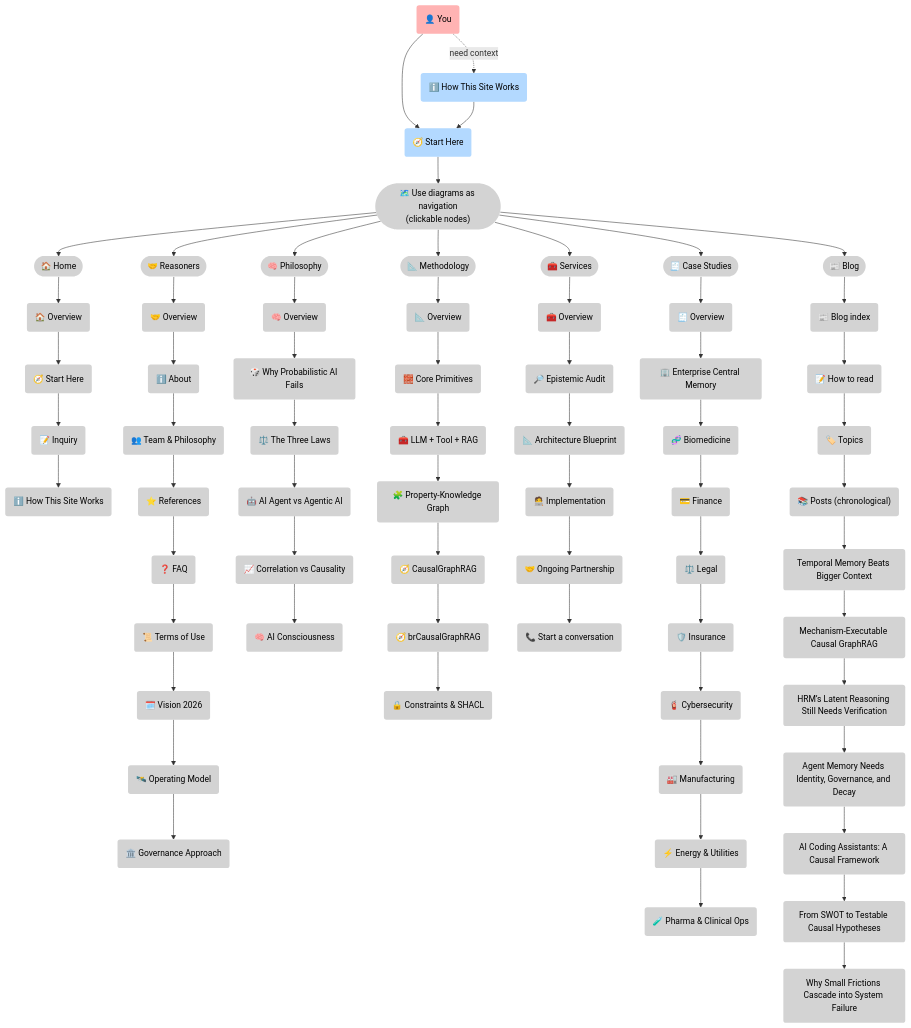
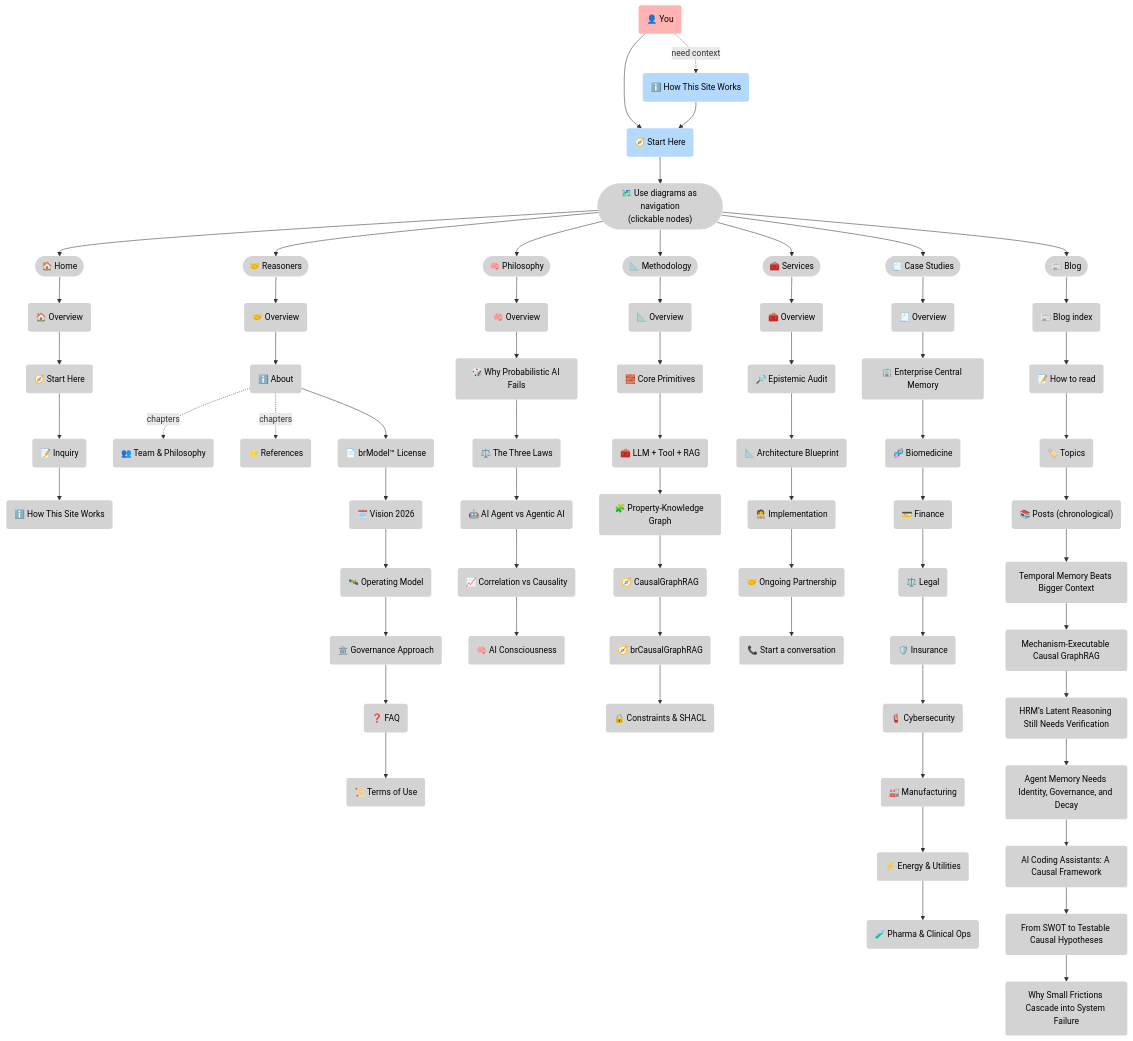
Before and after one commit to 5Reasons/5reasons.github.io: the diagram in docs/home/how-this-site-works.md, drawn with Mermaid. The commit also changed 9 other files, not shown here.

Commit message:
Consolidate team and references content: Merge 'Team & Philosophy' and 'References' into 'About' page, update navigation links, and enhance licensing information for brModel™.

```diff
--- a/docs/home/how-this-site-works.md
+++ b/docs/home/how-this-site-works.md
@@ -117,14 +117,17 @@
 R_Sec(["🤝 Reasoners"]):::i
 R_Overview("🤝 Overview"):::i
 R_About("ℹ️ About"):::i
-R_Team("👥 Team & Philosophy"):::i
-R_Refs("⭐ References"):::i
+R_AboutTeam("👥 Team & Philosophy"):::i
+R_AboutRefs("⭐ References"):::i
 R_FAQ("❓ FAQ"):::i
 R_Terms("📜 Terms of Use"):::i
+R_License("📄 brModel™ License"):::i
 R_Vision("🗓️ Vision 2026"):::i
 R_Ops("🛰️ Operating Model"):::i
 R_Gov("🏛️ Governance Approach"):::i
-R_Sec --> R_Overview --> R_About --> R_Team --> R_Refs --> R_FAQ --> R_Terms --> R_Vision --> R_Ops --> R_Gov
+R_Sec --> R_Overview --> R_About --> R_License --> R_Vision --> R_Ops --> R_Gov --> R_FAQ --> R_Terms
+R_About -. "chapters" .-> R_AboutTeam
+R_About -. "chapters" .-> R_AboutRefs
 
 %% Philosophy
 PH_Sec(["🧠 Philosophy"]):::i
@@ -209,10 +212,11 @@
 
 click R_Overview "/reasoners/" "Reasoners"
 click R_About "/reasoners/about/" "About"
-click R_Team "/reasoners/team/" "Team & Philosophy"
-click R_Refs "/reasoners/references/" "References"
+click R_AboutTeam "/reasoners/about/#team--philosophy" "Team & Philosophy"
+click R_AboutRefs "/reasoners/about/#references" "References"
 click R_FAQ "/reasoners/faq/" "FAQ"
 click R_Terms "/reasoners/terms/" "Terms of Use"
+click R_License "/reasoners/license/" "brModel License"
 click R_Vision "/reasoners/vision-2026/" "Vision 2026"
 click R_Ops "/reasoners/operating-model/" "Operating Model"
 click R_Gov "/reasoners/governance/" "Governance Approach"
```
